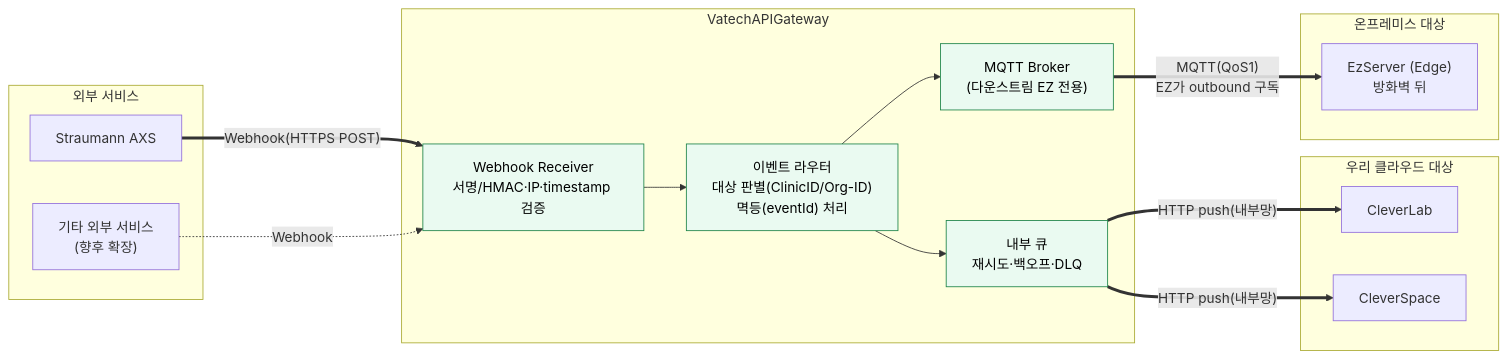
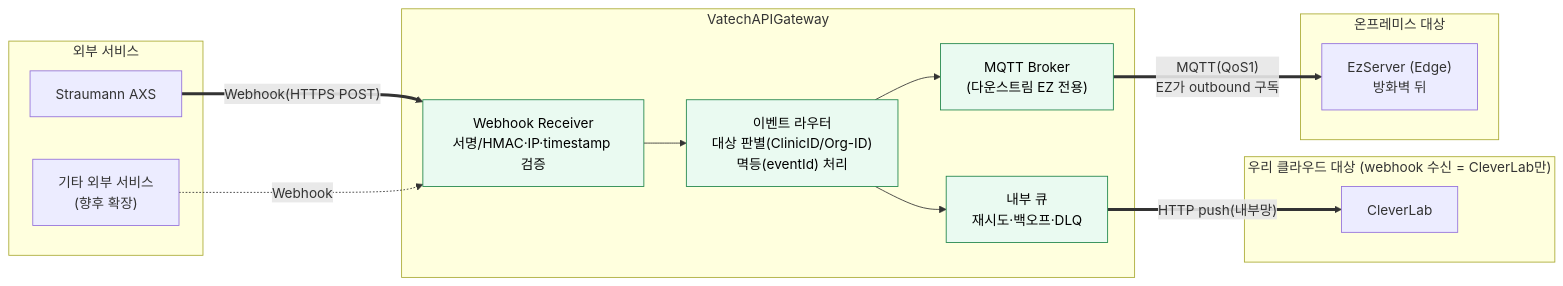
Before and after one commit to gracegyu/scp-architecture: the seventh of 13 diagrams in docs/VT_API_Gateway/08.VT_API_Gateway/VT API Gateway — PRD (v2)/VT API Gateway — 개발 Roadmap 결정.md, drawn with Mermaid. The commit also changed other lines of this file and 1 other file, not shown here.

Commit message:
문서 업데이트: VT API Gateway의 SRS 문서에서 Webhook 수신 및 분배 방식에 대한 현 범위와 구체적인 대상 결정을 명확히 하여 시스템 설계의 일관성을 강화하였습니다. 클라우드 수신 대상은 CleverLab만으로 확정되었으며, CleverSpace는 webhook 수신 대상이 아님을 명시하였습니다. 또한, 각 대상별 시나리오와 분배 메커니즘에 대한 설명을 보강하여 외부 연동의 신뢰성을 높였습니다.

````diff
--- a/docs/VT_API_Gateway/08.VT_API_Gateway/VT API Gateway — PRD (v2)/VT API Gateway — 개발 Roadmap 결정.md
+++ b/docs/VT_API_Gateway/08.VT_API_Gateway/VT API Gateway — PRD (v2)/VT API Gateway — 개발 Roadmap 결정.md
@@ -302,35 +302,34 @@
 ```mermaid
 flowchart LR
     subgraph EXT["외부 서비스"]
         AXS["Straumann AXS"]
         ETC["기타 외부 서비스<br/>(향후 확장)"]
     end
 
     subgraph GWLAYER["VatechAPIGateway"]
         WH["Webhook Receiver<br/>서명/HMAC·IP·timestamp 검증"]
         ROUTER["이벤트 라우터<br/>대상 판별(ClinicID/Org-ID)<br/>멱등(eventId) 처리"]
         Q["내부 큐<br/>재시도·백오프·DLQ"]
         BROKER["MQTT Broker<br/>(다운스트림 EZ 전용)"]
         WH --> ROUTER
         ROUTER --> Q
         ROUTER --> BROKER
     end
 
-    subgraph CLOUDT["우리 클라우드 대상"]
+    subgraph CLOUDT["우리 클라우드 대상 (webhook 수신 = CleverLab만)"]
         CLAB["CleverLab"]
-        CS["CleverSpace"]
     end
+    %% CleverSpace는 webhook 수신 대상 아님(B 프록시 백엔드) — 2026-06 결정, SRS §2.3.6
 
     subgraph EDGET["온프레미스 대상"]
         EZ["EzServer (Edge)<br/>방화벽 뒤"]
     end
 
     AXS ==>|"Webhook(HTTPS POST)"| WH
     ETC -.->|"Webhook"| WH
     Q ==>|"HTTP push(내부망)"| CLAB
-    Q ==>|"HTTP push(내부망)"| CS
     BROKER ==>|"MQTT(QoS1)<br/>EZ가 outbound 구독"| EZ
 
     classDef new fill:#eafaf1,stroke:#1e8449,color:#000;
     class WH,ROUTER,Q,BROKER new;
 ```
````
